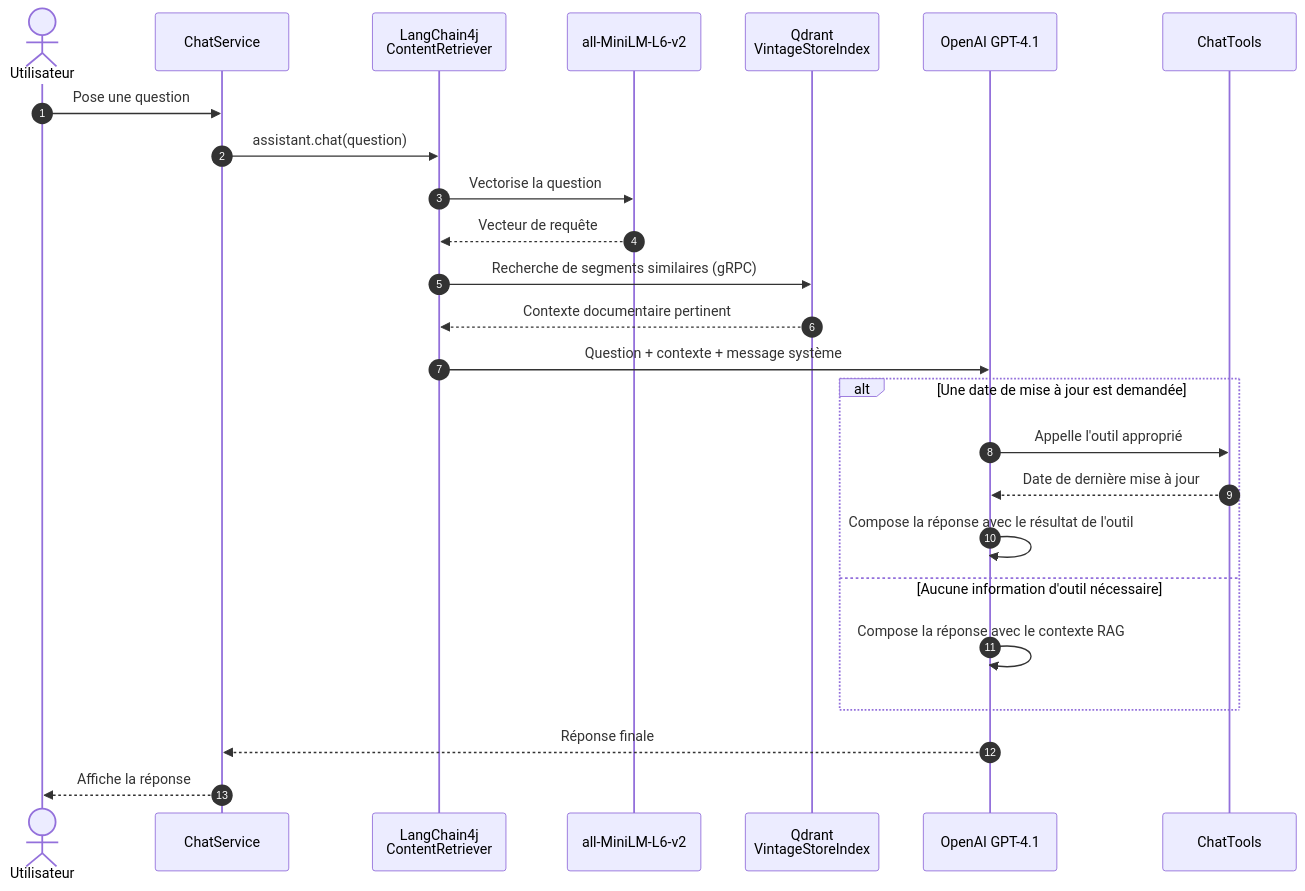
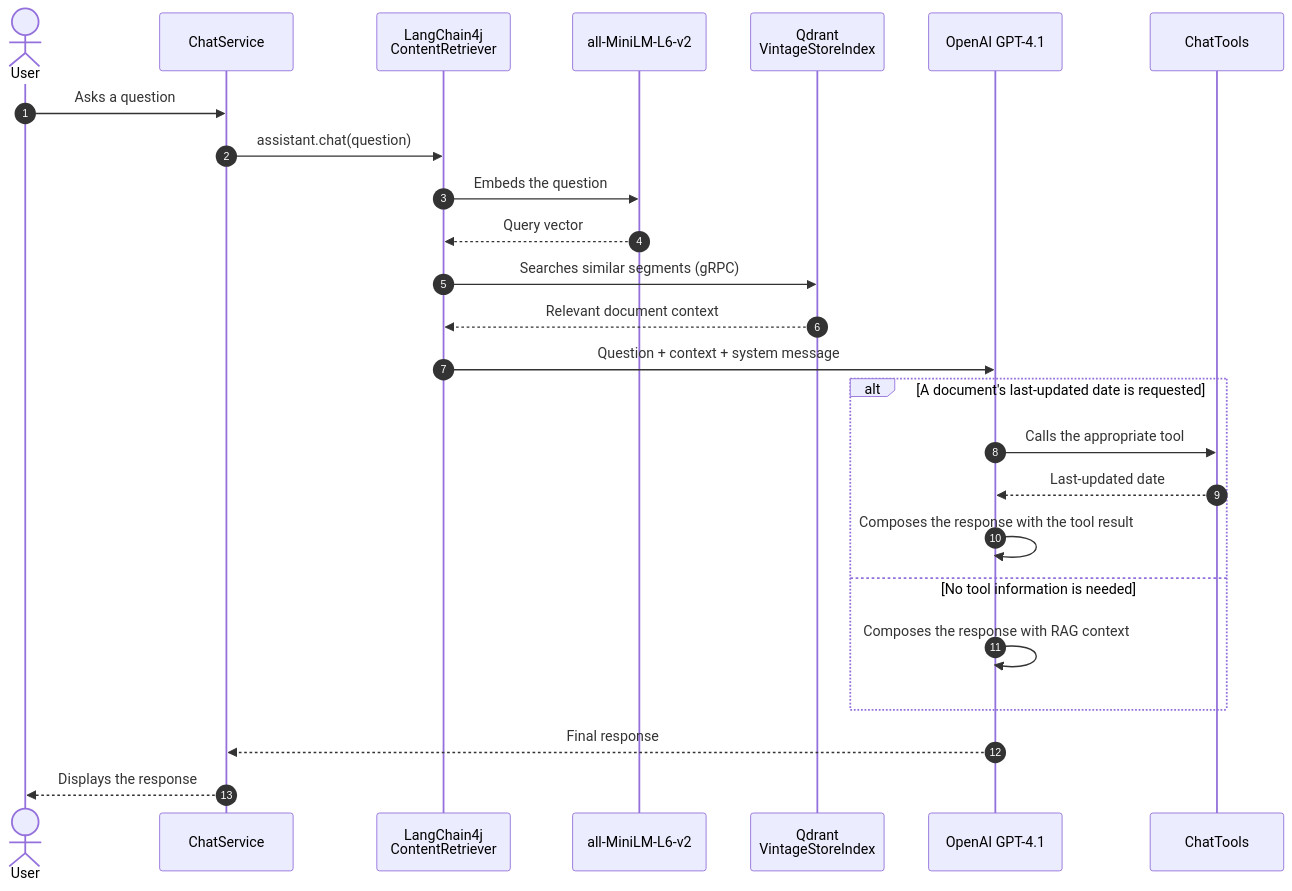
One commit to KhalefAhmed/retroguide changed the diagram in README.md. Above: the diagram before and after it, drawn with Mermaid. The commit also changed other lines of this file, not shown here.

````diff
--- a/README.md
+++ b/README.md
@@ -43,30 +43,30 @@
 ```mermaid
 sequenceDiagram
     autonumber
-    actor Utilisateur
+    actor User
     participant Chat as ChatService
     participant RAG as LangChain4j<br/>ContentRetriever
     participant Embed as all-MiniLM-L6-v2
     participant Qdrant as Qdrant<br/>VintageStoreIndex
     participant LLM as OpenAI GPT-4.1
-    participant Outil as ChatTools
+    participant Tool as ChatTools
 
-    Utilisateur->>Chat: Pose une question
+    User->>Chat: Asks a question
     Chat->>RAG: assistant.chat(question)
-    RAG->>Embed: Vectorise la question
-    Embed-->>RAG: Vecteur de requête
-    RAG->>Qdrant: Recherche de segments similaires (gRPC)
-    Qdrant-->>RAG: Contexte documentaire pertinent
-    RAG->>LLM: Question + contexte + message système
+    RAG->>Embed: Embeds the question
+    Embed-->>RAG: Query vector
+    RAG->>Qdrant: Searches similar segments (gRPC)
+    Qdrant-->>RAG: Relevant document context
+    RAG->>LLM: Question + context + system message
 
-    alt Une date de mise à jour est demandée
-        LLM->>Outil: Appelle l'outil approprié
-        Outil-->>LLM: Date de dernière mise à jour
-        LLM->>LLM: Compose la réponse avec le résultat de l'outil
-    else Aucune information d'outil nécessaire
-        LLM->>LLM: Compose la réponse avec le contexte RAG
+    alt A document's last-updated date is requested
+        LLM->>Tool: Calls the appropriate tool
+        Tool-->>LLM: Last-updated date
+        LLM->>LLM: Composes the response with the tool result
+    else No tool information is needed
+        LLM->>LLM: Composes the response with RAG context
     end
 
-    LLM-->>Chat: Réponse finale
-    Chat-->>Utilisateur: Affiche la réponse
+    LLM-->>Chat: Final response
+    Chat-->>User: Displays the response
 ```
````
